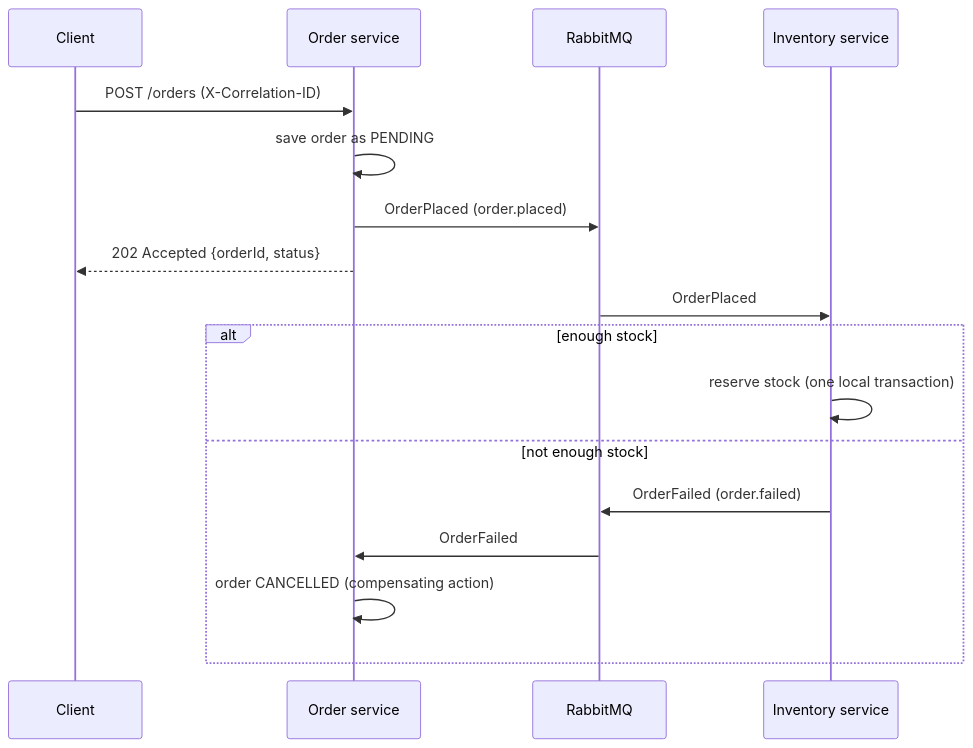
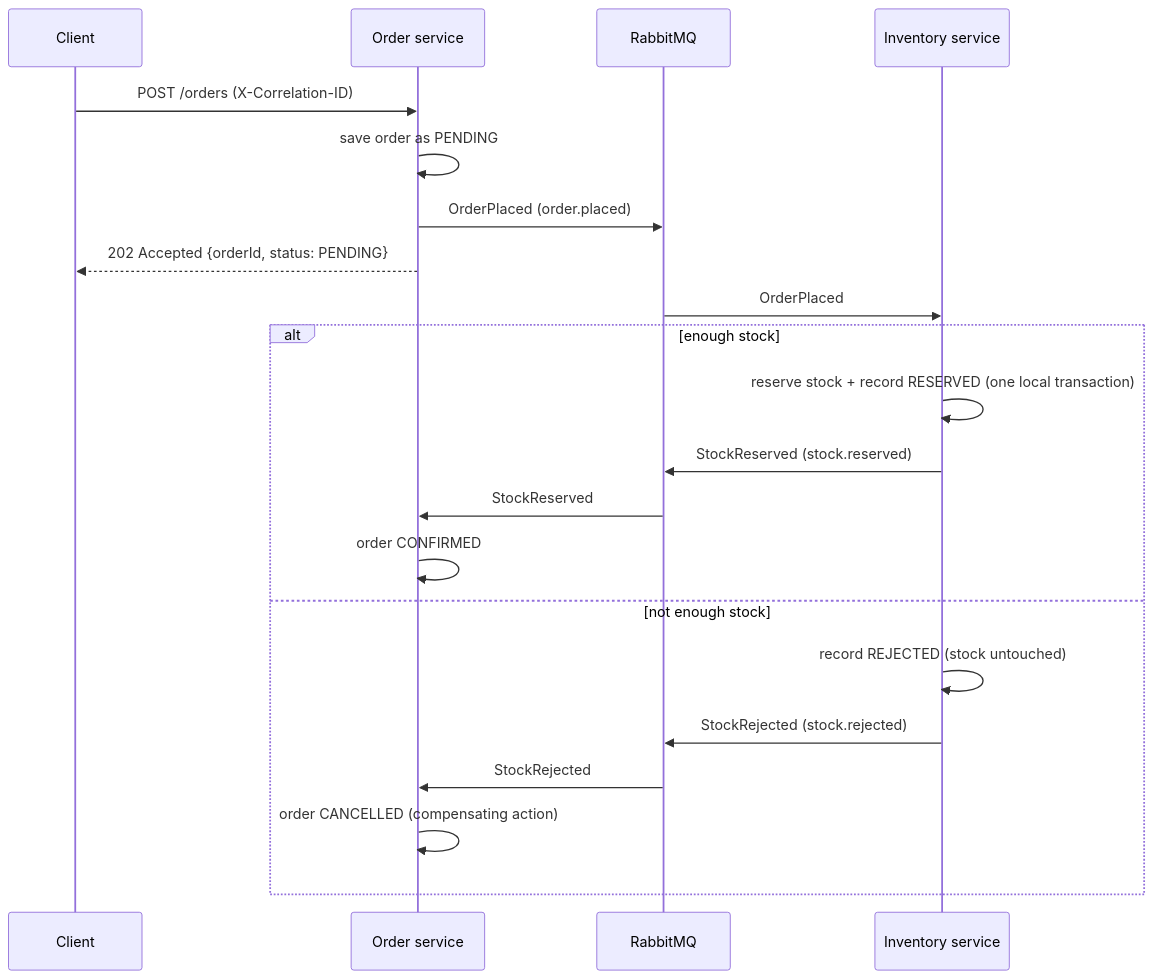
The diagram in README.md (cpnnabin/Maltashop-Ecom), drawn with Mermaid before and after one commit. The commit also changed other lines of this file and 40 other files, not shown here.

````diff
--- a/README.md
+++ b/README.md
@@ -15,19 +17,23 @@
 ```mermaid
 sequenceDiagram
     participant C as Client
     participant O as Order service
     participant B as RabbitMQ
     participant I as Inventory service
     C->>O: POST /orders (X-Correlation-ID)
     O->>O: save order as PENDING
     O->>B: OrderPlaced (order.placed)
-    O-->>C: 202 Accepted {orderId, status}
+    O-->>C: 202 Accepted {orderId, status: PENDING}
     B->>I: OrderPlaced
     alt enough stock
-        I->>I: reserve stock (one local transaction)
+        I->>I: reserve stock + record RESERVED (one local transaction)
+        I->>B: StockReserved (stock.reserved)
+        B->>O: StockReserved
+        O->>O: order CONFIRMED
     else not enough stock
-        I->>B: OrderFailed (order.failed)
-        B->>O: OrderFailed
+        I->>I: record REJECTED (stock untouched)
+        I->>B: StockRejected (stock.rejected)
+        B->>O: StockRejected
         O->>O: order CANCELLED (compensating action)
     end
 ```
````
